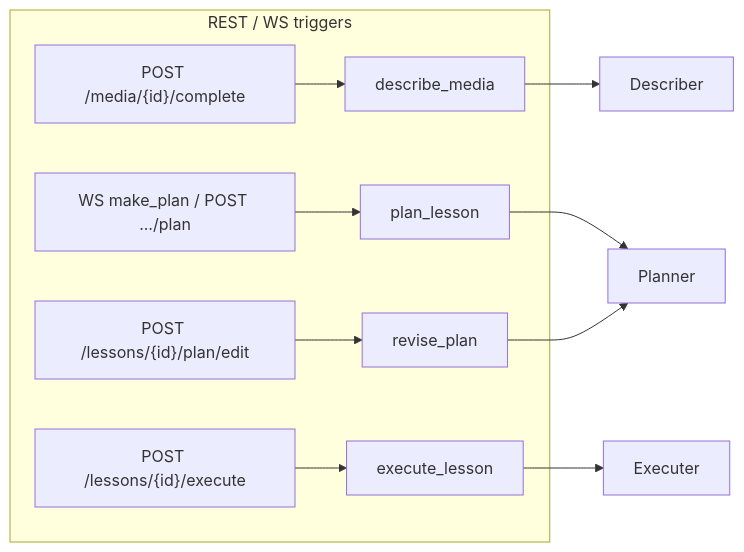
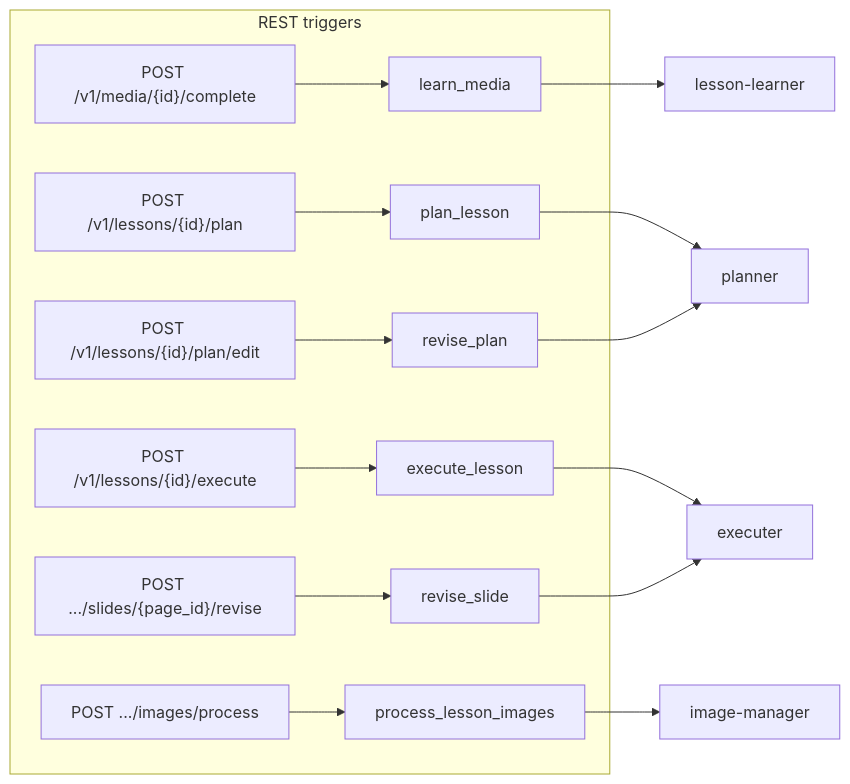
Before and after one commit to BasselSallam2/teacher-mock: the fifth of 5 diagrams in docs/architecture/03-lesson-planner-executor-flow.md, drawn with Mermaid. The commit also changed other lines of this file and 10 other files, not shown here.

Commit message:
Enhance README and add system overview documentation; update media handling and lesson planning architecture. Introduce nested media folders and clarify production stack details.

````diff
--- a/docs/architecture/03-lesson-planner-executor-flow.md
+++ b/docs/architecture/03-lesson-planner-executor-flow.md
@@ -194,14 +141,18 @@
 ```mermaid
 flowchart LR
-  subgraph triggers [REST / WS triggers]
-    A["POST /media/{id}/complete"] --> Q1["describe_media"]
-    B["WS make_plan / POST .../plan"] --> Q3["plan_lesson"]
-    C["POST /lessons/{id}/plan/edit"] --> Q4["revise_plan"]
-    D["POST /lessons/{id}/execute"] --> Q5["execute_lesson"]
+  subgraph triggers [REST triggers]
+    A["POST /v1/media/{id}/complete"] --> Q1["learn_media"]
+    B["POST /v1/lessons/{id}/plan"] --> Q2["plan_lesson"]
+    C["POST /v1/lessons/{id}/plan/edit"] --> Q3["revise_plan"]
+    D["POST /v1/lessons/{id}/execute"] --> Q4["execute_lesson"]
+    E["POST .../slides/{page_id}/revise"] --> Q5["revise_slide"]
+    F["POST .../images/process"] --> Q6["process_lesson_images"]
   end
 
-  Q1 --> Describer
+  Q1 --> Learner[lesson-learner]
+  Q2 --> Planner[planner]
   Q3 --> Planner
-  Q4 --> Planner
+  Q4 --> Executer[executer]
   Q5 --> Executer
+  Q6 --> Images[image-manager]
 ```
````
